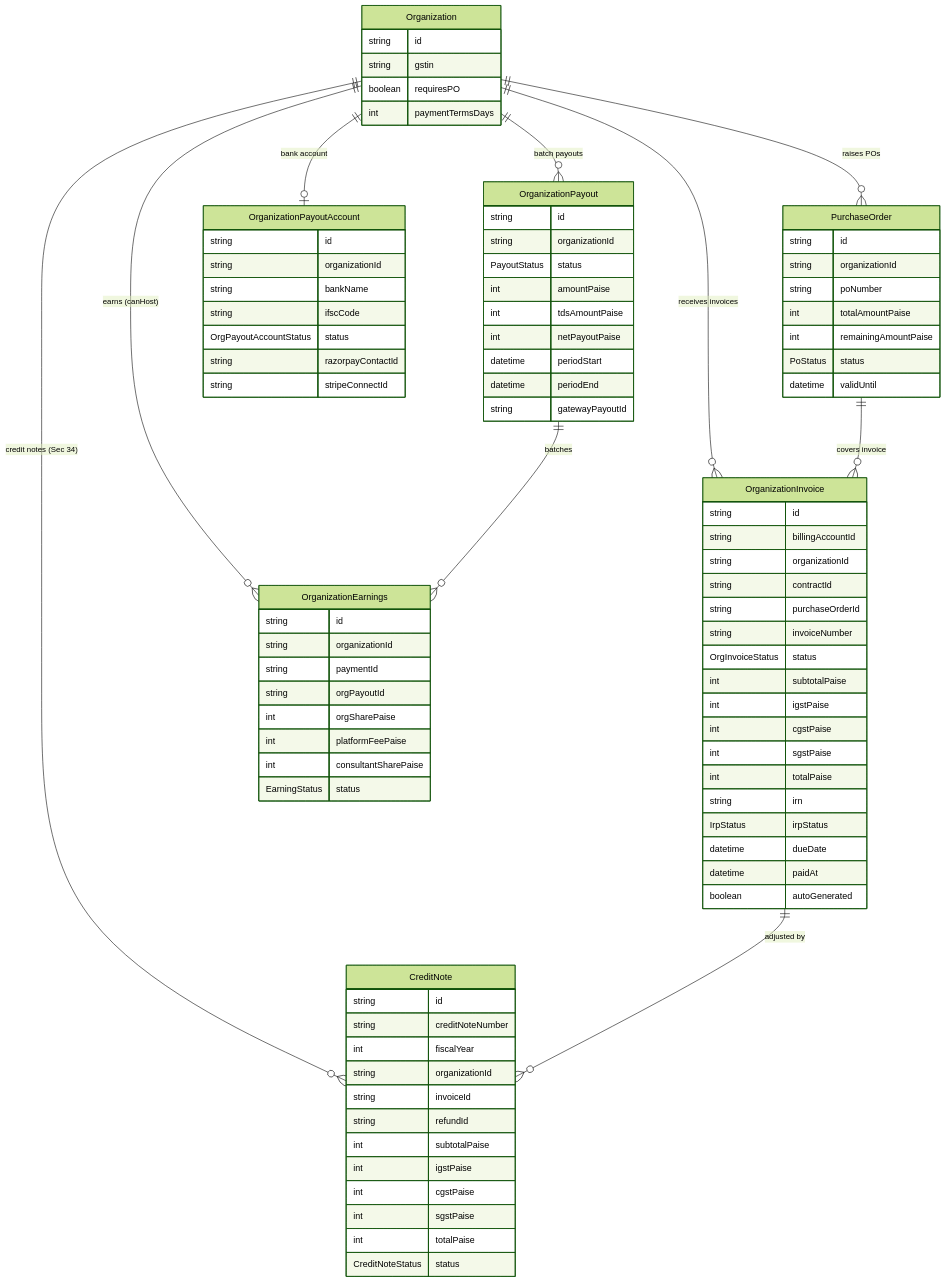
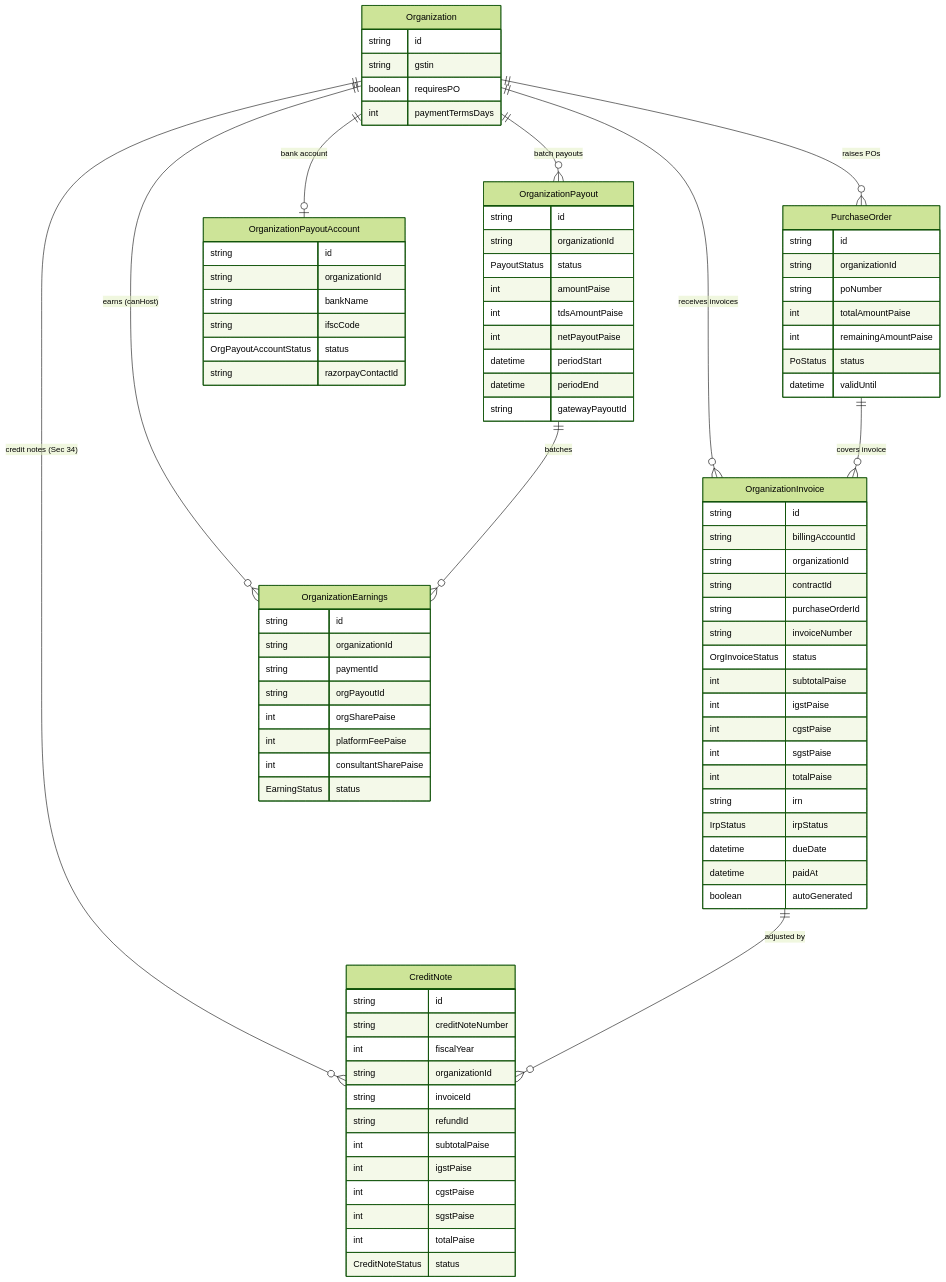
Before and after one commit to Practitionist/familiarise_web: diagram 20 of 24 in docs/prisma/00-schema-map.md, drawn with Mermaid (forest theme). The commit also changed other lines of this file and 20 other files, not shown here.

```diff
--- a/docs/prisma/00-schema-map.md
+++ b/docs/prisma/00-schema-map.md
@@ -1582,7 +1558,6 @@
         string ifscCode
         OrgPayoutAccountStatus status
         string razorpayContactId
-        string stripeConnectId
     }
     CreditNote {
         string id
```
